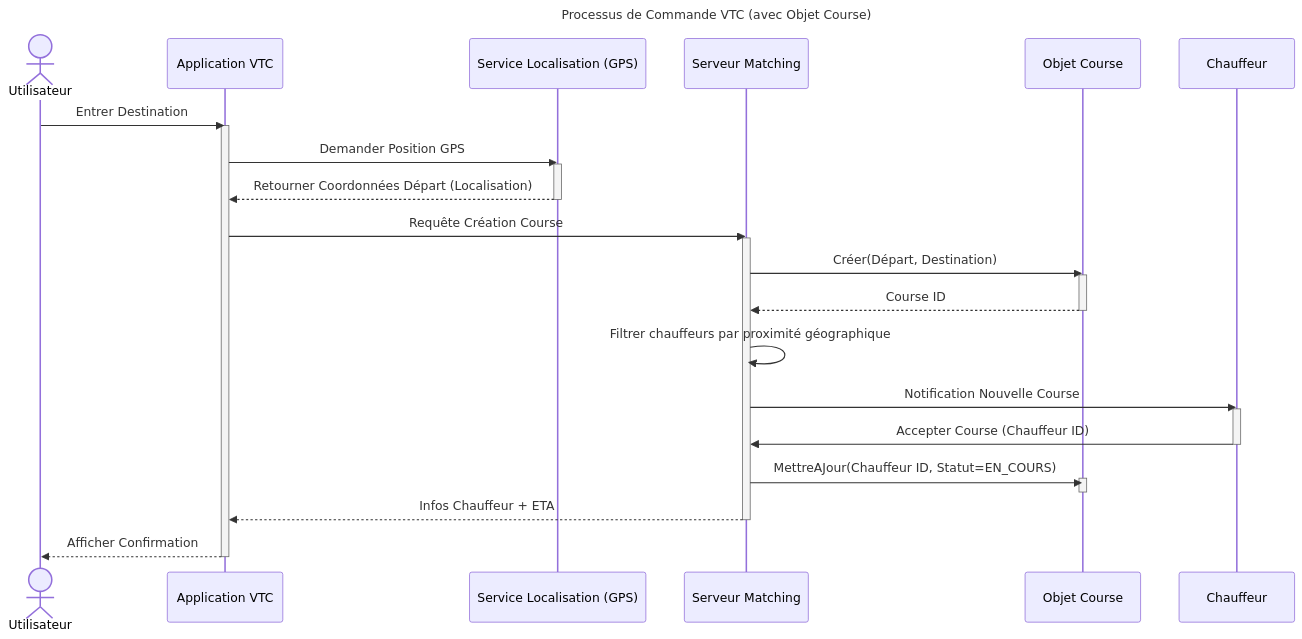
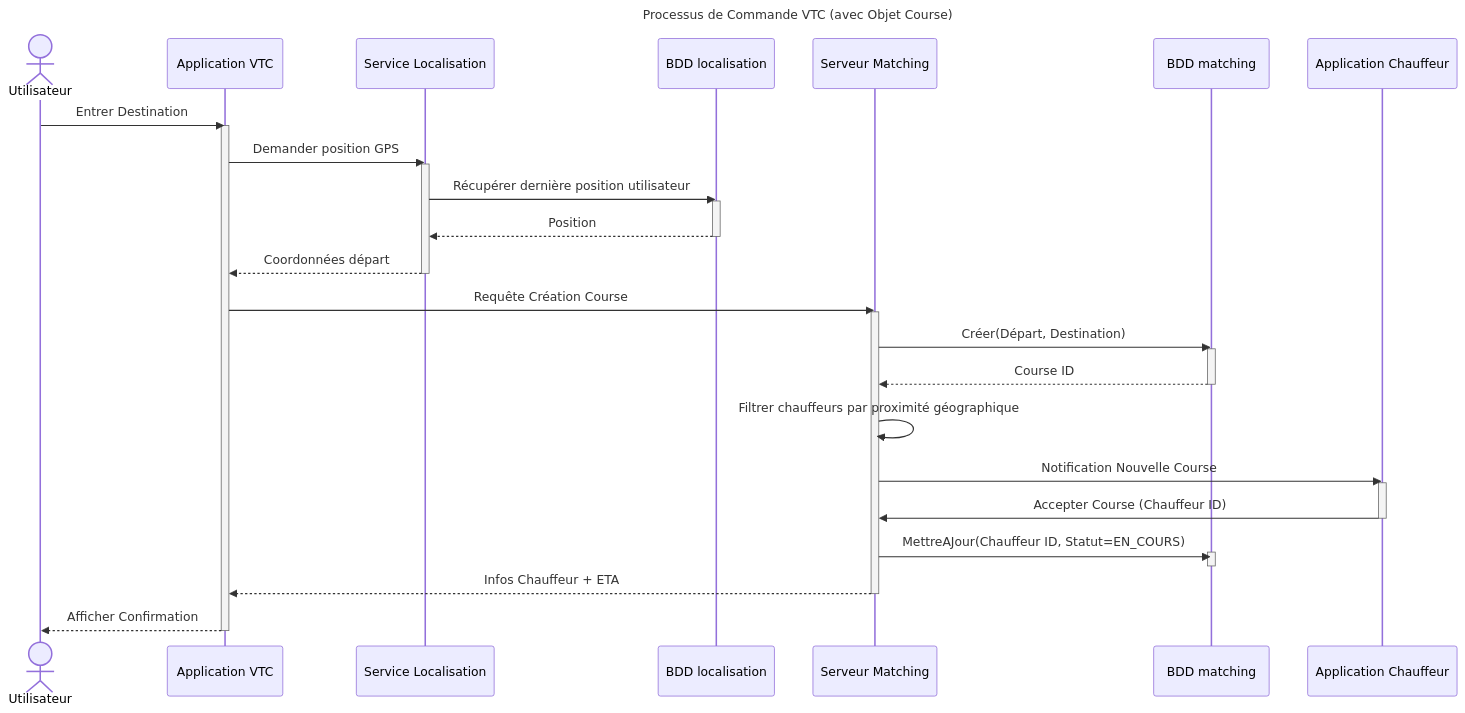
The second of 2 diagrams in img/exo_uml/commande_vtc_sources.md (ClementDelgrange/Cours_analyse_informatique), drawn with Mermaid before and after one commit. The commit also changed 3 other files, not shown here.

````diff
--- a/img/exo_uml/commande_vtc_sources.md
+++ b/img/exo_uml/commande_vtc_sources.md
@@ -56,45 +56,50 @@
 ```mermaid
 sequenceDiagram
     actor Utilisateur
     participant AppVTC as Application VTC
-    participant ServLoc as Service Localisation (GPS)
+    participant ServLoc as Service Localisation
+    participant DBLoc as BDD localisation
     participant ServMatch as Serveur Matching
-    participant Course as Objet Course
-    participant Chauffeur
+    participant DBMatch as BDD matching
+    participant Chauffeur as Application Chauffeur
     
     title Processus de Commande VTC (avec Objet Course)
     
     Utilisateur->>AppVTC: Entrer Destination
     
     activate AppVTC
-    AppVTC->>ServLoc: Demander Position GPS
+    AppVTC->>ServLoc: Demander position GPS
     activate ServLoc
-    ServLoc-->>AppVTC: Retourner Coordonnées Départ (Localisation)
+    ServLoc->>DBLoc: Récupérer dernière position utilisateur
+    activate DBLoc
+    DBLoc-->>ServLoc: Position
+    deactivate DBLoc
+    ServLoc-->>AppVTC: Coordonnées départ
     deactivate ServLoc
 
     AppVTC->>ServMatch: Requête Création Course
     
     activate ServMatch
-    ServMatch->>Course: Créer(Départ, Destination)
-    activate Course
-    Course-->>ServMatch: Course ID
-    deactivate Course
+    ServMatch->>DBMatch: Créer(Départ, Destination)
+    activate DBMatch
+    DBMatch-->>ServMatch: Course ID
+    deactivate DBMatch
     
     ServMatch->>ServMatch: Filtrer chauffeurs par proximité géographique
     
     ServMatch->>Chauffeur: Notification Nouvelle Course
     
     activate Chauffeur
     Chauffeur->>ServMatch: Accepter Course (Chauffeur ID)
     deactivate Chauffeur
     
-    ServMatch->>Course: MettreAJour(Chauffeur ID, Statut=EN_COURS)
-    activate Course
-    deactivate Course
+    ServMatch->>DBMatch: MettreAJour(Chauffeur ID, Statut=EN_COURS)
+    activate DBMatch
+    deactivate DBMatch
     
     ServMatch-->>AppVTC: Infos Chauffeur + ETA
     deactivate ServMatch
     
     AppVTC-->>Utilisateur: Afficher Confirmation
     deactivate AppVTC
 ```
````
